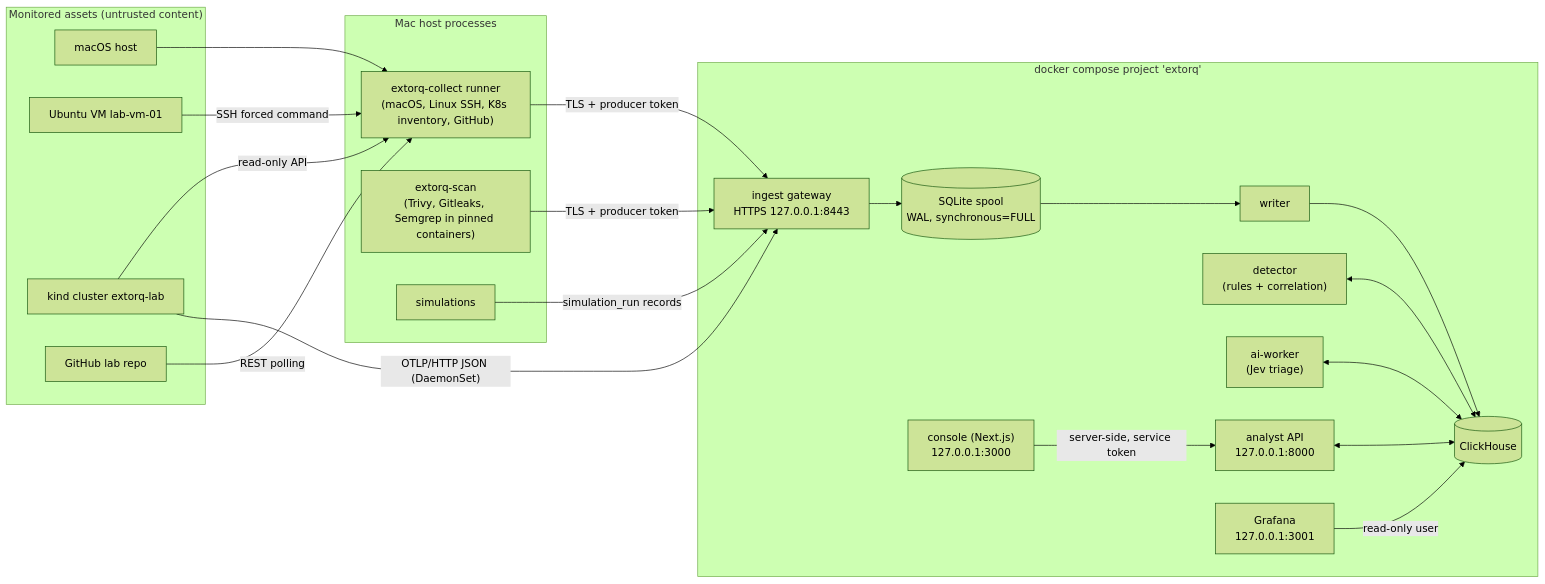
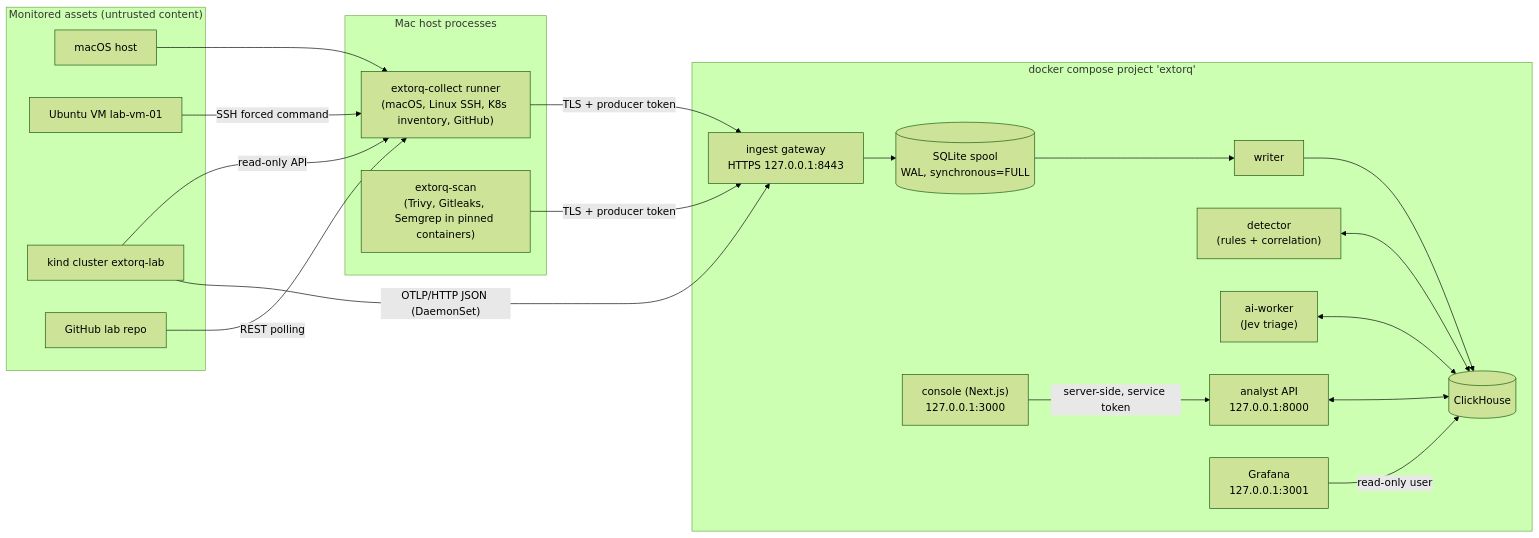
Before and after one commit to Exigent07/ExtorQ: the first of 2 diagrams in docs/architecture.md, drawn with Mermaid (forest theme). The commit also changed other lines of this file and 472 other files, not shown here.

First line of the commit message:
Checkpoint before stabilization: schema 2.0 rollout, Codex remediation A1-A7, A2/A3/A8 work in progress

````diff
--- a/docs/architecture.md
+++ b/docs/architecture.md
@@ -37,42 +36,40 @@
 ```mermaid
 flowchart LR
   subgraph Sources["Monitored assets (untrusted content)"]
     MAC["macOS host"]
     VM["Ubuntu VM lab-vm-01"]
     K8S["kind cluster extorq-lab"]
     GH["GitHub lab repo"]
   end
 
   subgraph HostSide["Mac host processes"]
     COL["extorq-collect runner<br/>(macOS, Linux SSH, K8s inventory, GitHub)"]
     SCAN["extorq-scan<br/>(Trivy, Gitleaks, Semgrep in pinned containers)"]
-    SIM["simulations"]
   end
 
   subgraph Compose["docker compose project 'extorq'"]
     GW["ingest gateway<br/>HTTPS 127.0.0.1:8443"]
     SP[("SQLite spool<br/>WAL, synchronous=FULL")]
     WR["writer"]
     CH[("ClickHouse")]
     DET["detector<br/>(rules + correlation)"]
     AIW["ai-worker<br/>(Jev triage)"]
     API["analyst API<br/>127.0.0.1:8000"]
     FE["console (Next.js)<br/>127.0.0.1:3000"]
     GF["Grafana<br/>127.0.0.1:3001"]
   end
 
   MAC --> COL
   VM -->|"SSH forced command"| COL
   K8S -->|"read-only API"| COL
   GH -->|"REST polling"| COL
   K8S -->|"OTLP/HTTP JSON (DaemonSet)"| GW
   COL -->|"TLS + producer token"| GW
   SCAN -->|"TLS + producer token"| GW
-  SIM -->|"simulation_run records"| GW
   GW --> SP --> WR --> CH
   DET <--> CH
   AIW <--> CH
   API <--> CH
   FE -->|"server-side, service token"| API
   GF -->|"read-only user"| CH
 ```
````
